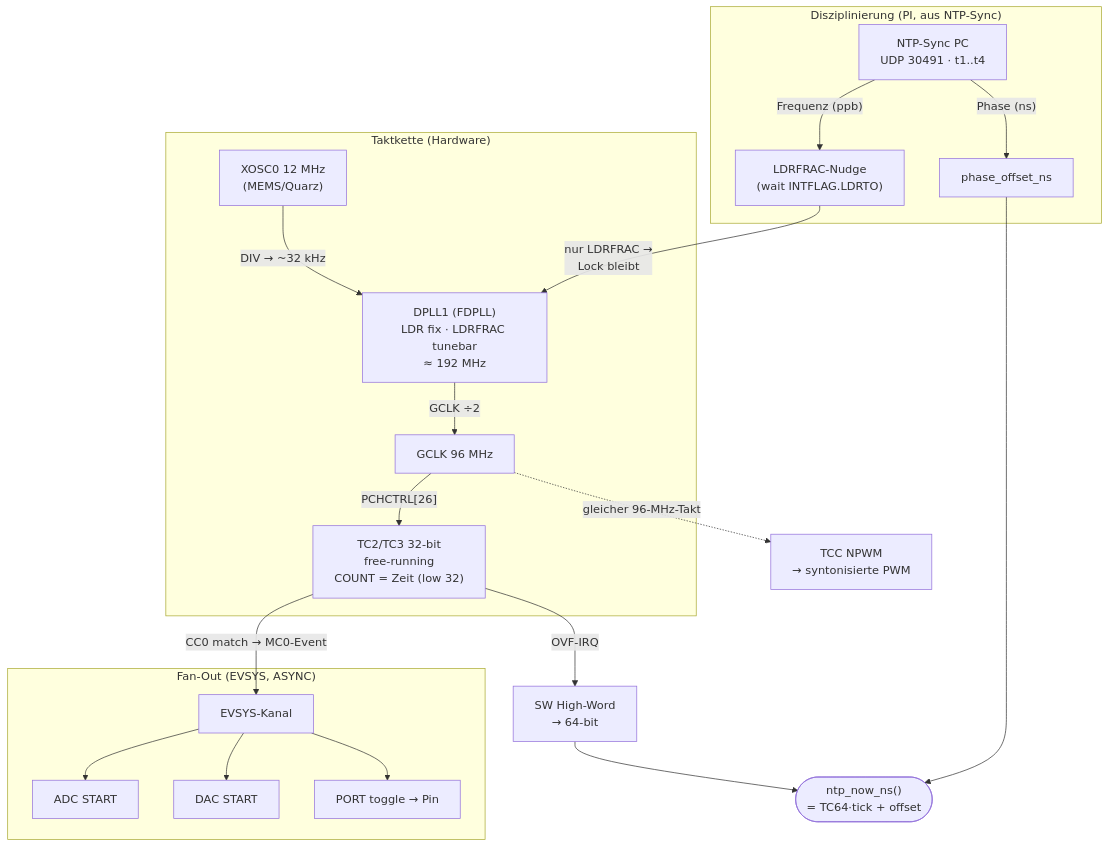
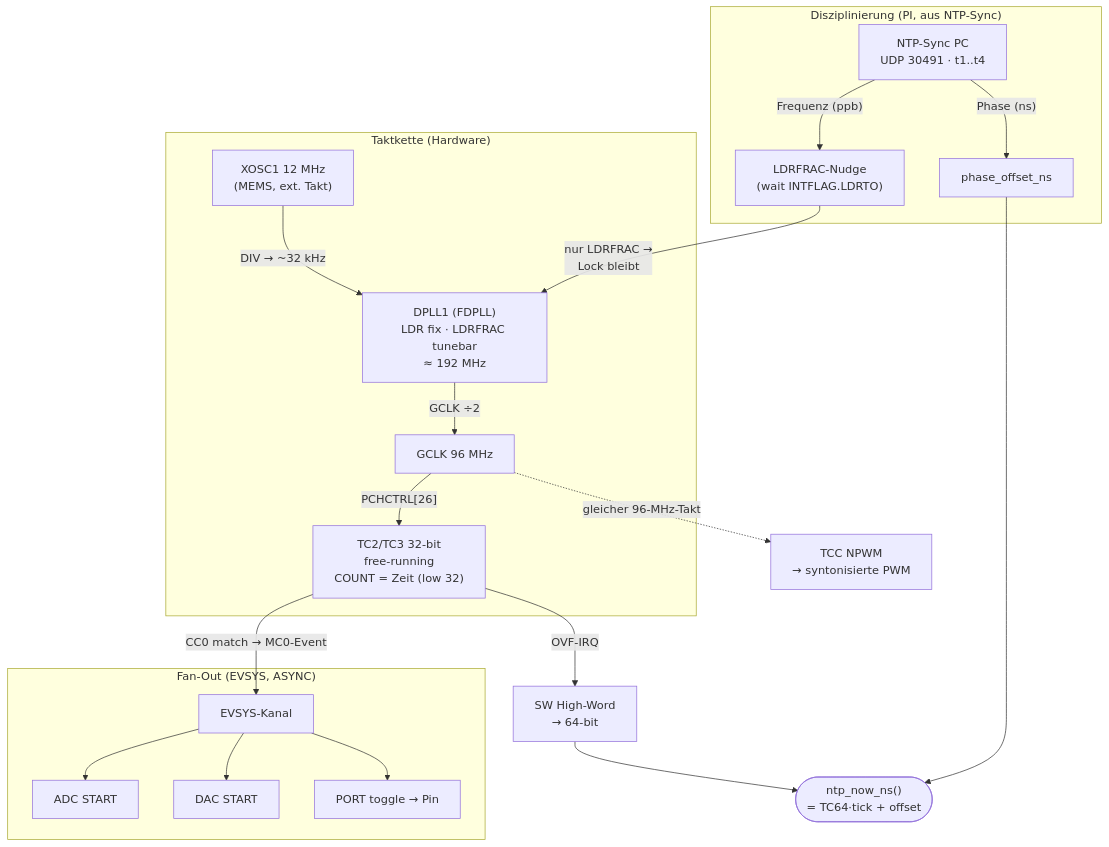
Before and after one commit to zabooh/lan866x-tools: the second of 4 diagrams in firmware/t1s_100baset_bridge/docs/HW_TIMEBASE_B_C_IMPLEMENTATION.md, drawn with Mermaid. The commit also changed other lines of this file and 2 other files, not shown here.

First line of the commit message:
docs(timebase): correct 12 MHz source XOSC0 -> XOSC1 (XIN1/PB22), external MEMS clock

````diff
--- a/firmware/t1s_100baset_bridge/docs/HW_TIMEBASE_B_C_IMPLEMENTATION.md
+++ b/firmware/t1s_100baset_bridge/docs/HW_TIMEBASE_B_C_IMPLEMENTATION.md
@@ -425,23 +429,23 @@
 ```mermaid
 flowchart TB
   subgraph TAKT["Taktkette (Hardware)"]
-    XOSC0["XOSC0 12 MHz<br/>(MEMS/Quarz)"] -->|"DIV → ~32 kHz"| DPLL1["DPLL1 (FDPLL)<br/>LDR fix · LDRFRAC tunebar<br/>≈ 192 MHz"]
+    XOSC1["XOSC1 12 MHz<br/>(MEMS, ext. Takt)"] -->|"DIV → ~32 kHz"| DPLL1["DPLL1 (FDPLL)<br/>LDR fix · LDRFRAC tunebar<br/>≈ 192 MHz"]
     DPLL1 -->|"GCLK ÷2"| GCLK["GCLK 96 MHz"]
     GCLK -->|"PCHCTRL[26]"| TC2["TC2/TC3 32-bit<br/>free-running<br/>COUNT = Zeit (low 32)"]
   end
   TC2 -->|"OVF-IRQ"| HI["SW High-Word<br/>→ 64-bit"]
   HI --> NOW(["ntp_now_ns()<br/>= TC64·tick + offset"])
   subgraph REGLER["Disziplinierung (PI, aus NTP-Sync)"]
     SYNC["NTP-Sync PC<br/>UDP 30491 · t1..t4"] -->|"Frequenz (ppb)"| LDR["LDRFRAC-Nudge<br/>(wait INTFLAG.LDRTO)"]
     SYNC -->|"Phase (ns)"| OFF["phase_offset_ns"]
   end
   LDR -->|"nur LDRFRAC →<br/>Lock bleibt"| DPLL1
   OFF --> NOW
   subgraph FANOUT["Fan-Out (EVSYS, ASYNC)"]
     TC2 -->|"CC0 match → MC0-Event"| EV["EVSYS-Kanal"]
     EV --> ADC["ADC START"]
     EV --> DAC["DAC START"]
     EV --> GPIO["PORT toggle → Pin"]
   end
   GCLK -.->|"gleicher 96-MHz-Takt"| TCC["TCC NPWM<br/>→ syntonisierte PWM"]
 ```
````
